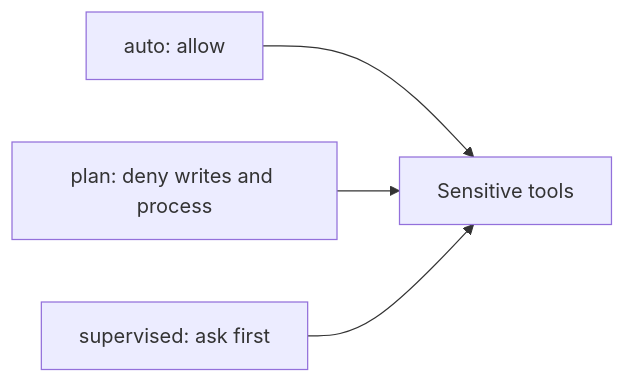
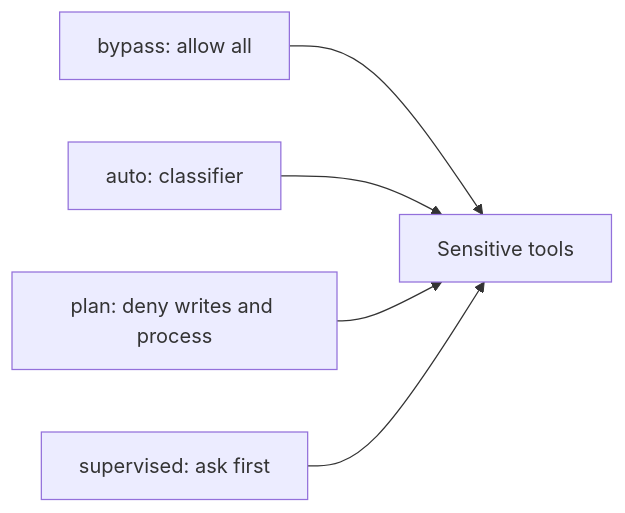
One commit to matthewyjiang/rho changed the second of 2 diagrams in docs/configuration.md. Above: the diagram before and after it, drawn with Mermaid. The commit also changed other lines of this file and 85 other files, not shown here.

First line of the commit message:
feat(permission): rename Auto to Bypass and add classifier Auto (#870)

````diff
--- a/docs/configuration.md
+++ b/docs/configuration.md
@@ -67,6 +67,7 @@
 ```mermaid
 flowchart LR
-    auto[auto: allow] --> tools[Sensitive tools]
+    bypass[bypass: allow all] --> tools[Sensitive tools]
+    auto[auto: classifier] --> tools
     plan[plan: deny writes and process] --> tools
     supervised[supervised: ask first] --> tools
 ```
````
